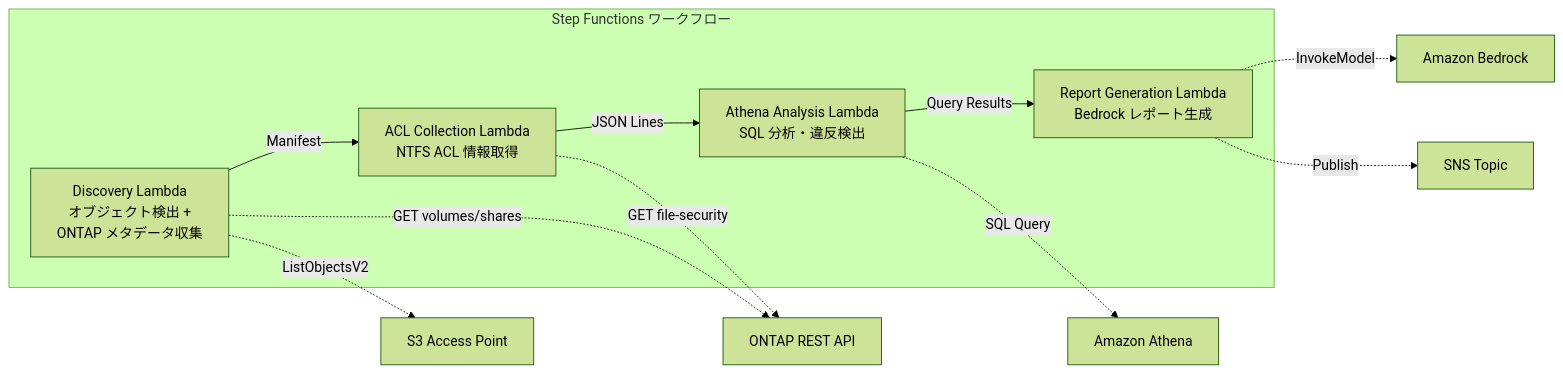
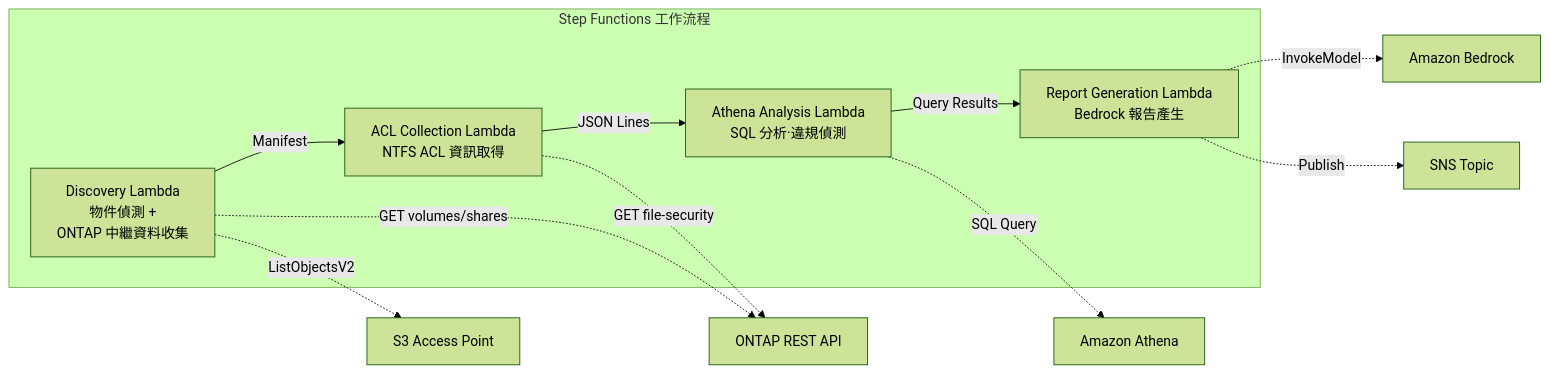
The diagram in solutions/industry/legal-compliance/README.zh-TW.md (Yoshiki0705/FSx-for-ONTAP-S3AccessPoints-Serverless-Patterns), drawn with Mermaid (forest theme) before and after one commit. The commit also changed other lines of this file and 20 other files, not shown here.

````diff
--- a/solutions/industry/legal-compliance/README.zh-TW.md
+++ b/solutions/industry/legal-compliance/README.zh-TW.md
@@ -60,20 +68,20 @@
 ```mermaid
 graph LR
-    subgraph "Step Functions ワークフロー"
-        D[Discovery Lambda<br/>オブジェクト検出 +<br/>ONTAP メタデータ収集]
-        ACL[ACL Collection Lambda<br/>NTFS ACL 情報取得]
-        ATH[Athena Analysis Lambda<br/>SQL 分析・違反検出]
-        RPT[Report Generation Lambda<br/>Bedrock レポート生成]
+    subgraph "Step Functions 工作流程"
+        D[Discovery Lambda<br/>物件偵測 +<br/>ONTAP 中繼資料收集]
+        ACL[ACL Collection Lambda<br/>NTFS ACL 資訊取得]
+        ATH[Athena Analysis Lambda<br/>SQL 分析·違規偵測]
+        RPT[Report Generation Lambda<br/>Bedrock 報告產生]
     end
 
     D -->|Manifest| ACL
     ACL -->|JSON Lines| ATH
     ATH -->|Query Results| RPT
 
     D -.->|ListObjectsV2| S3AP[S3 Access Point]
     D -.->|GET volumes/shares| ONTAP[ONTAP REST API]
     ACL -.->|GET file-security| ONTAP
     ATH -.->|SQL Query| Athena[Amazon Athena]
     RPT -.->|InvokeModel| Bedrock[Amazon Bedrock]
     RPT -.->|Publish| SNS[SNS Topic]
 ```
````
